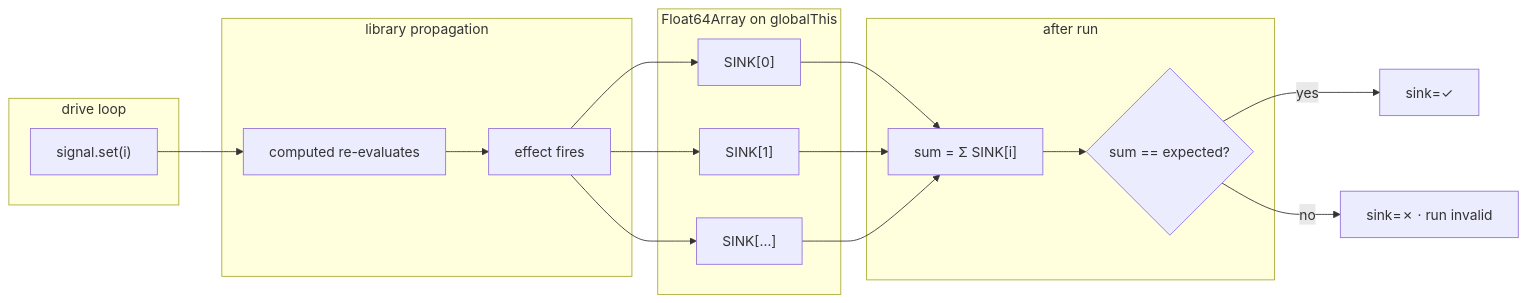
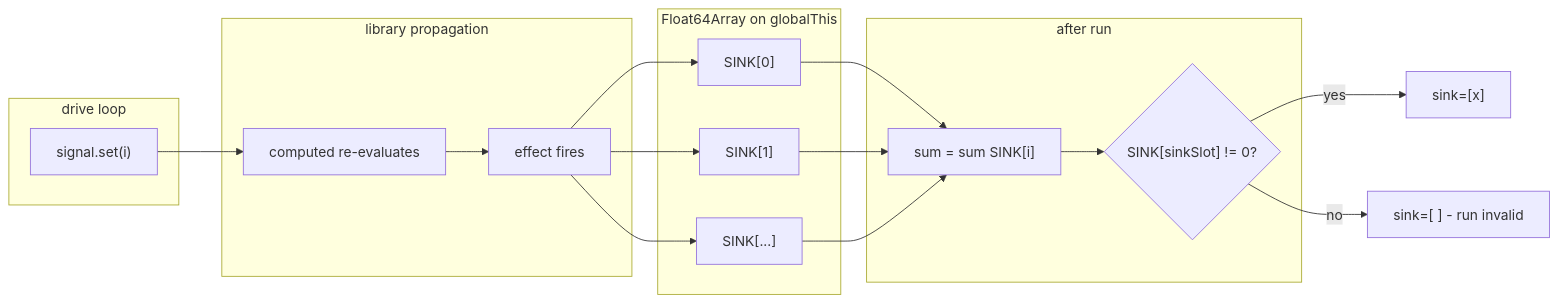
One commit to PeshoVurtoleta/lite-signal changed the second of 6 diagrams in bench/torture/README.md. Above: the diagram before and after it, drawn with Mermaid. The commit also changed other lines of this file and 11 other files, not shown here.

````diff
--- a/bench/torture/README.md
+++ b/bench/torture/README.md
@@ -66,32 +66,32 @@
 ```mermaid
 graph LR
     subgraph DRIVE["drive loop"]
         D["signal.set(i)"]
     end
 
     subgraph LIB["library propagation"]
         C1["computed re-evaluates"]
         C2["effect fires"]
     end
 
     subgraph SINK["Float64Array on globalThis"]
         S0["SINK[0]"]
         S1["SINK[1]"]
-        SN["SINK[…]"]
+        SN["SINK[...]"]
     end
 
     subgraph VALIDATE["after run"]
-        SUM["sum = Σ SINK[i]"]
-        CHECK{"sum == expected?"}
+        SUM["sum = sum SINK[i]"]
+        CHECK{"SINK[sinkSlot] != 0?"}
     end
 
     D --> C1 --> C2 --> S0
     C2 --> S1
     C2 --> SN
     S0 --> SUM
     S1 --> SUM
     SN --> SUM
     SUM --> CHECK
-    CHECK -->|yes| OK["sink=✓"]
-    CHECK -->|no| FAIL["sink=✗ · run invalid"]
+    CHECK -->|yes| OK["sink=[x]"]
+    CHECK -->|no| FAIL["sink=[ ] - run invalid"]
 ```
````
